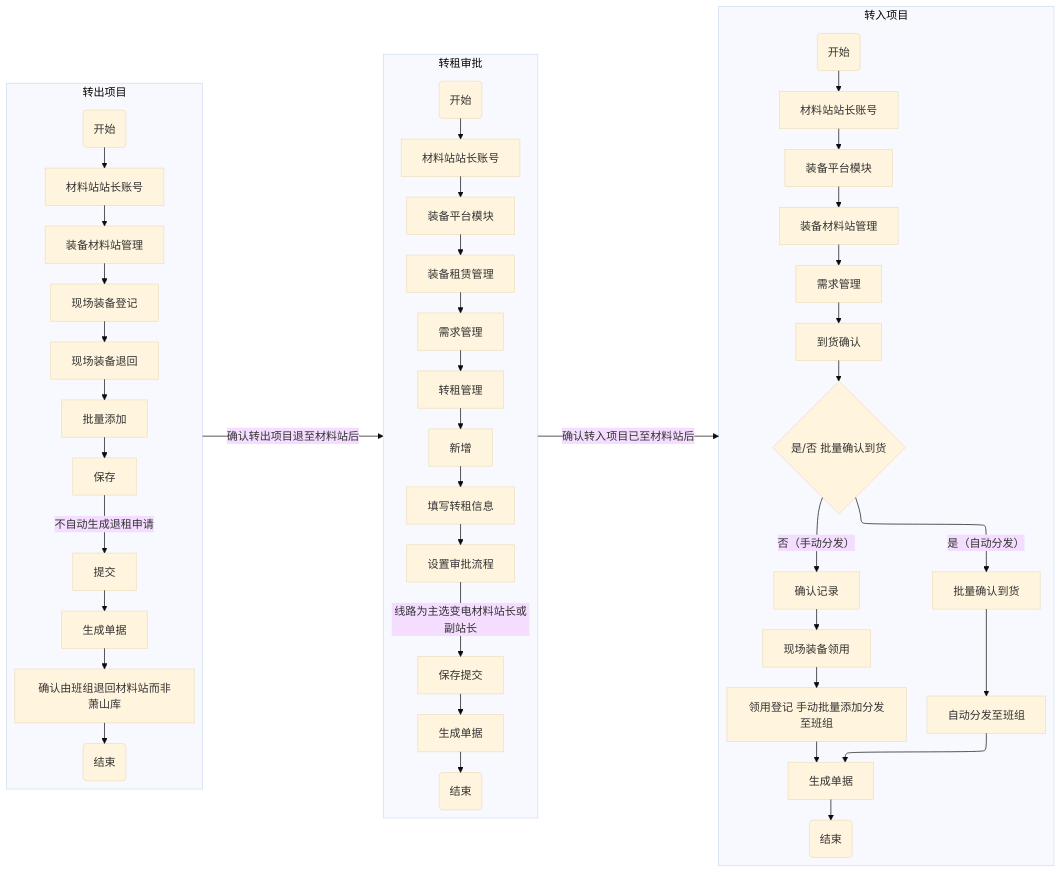
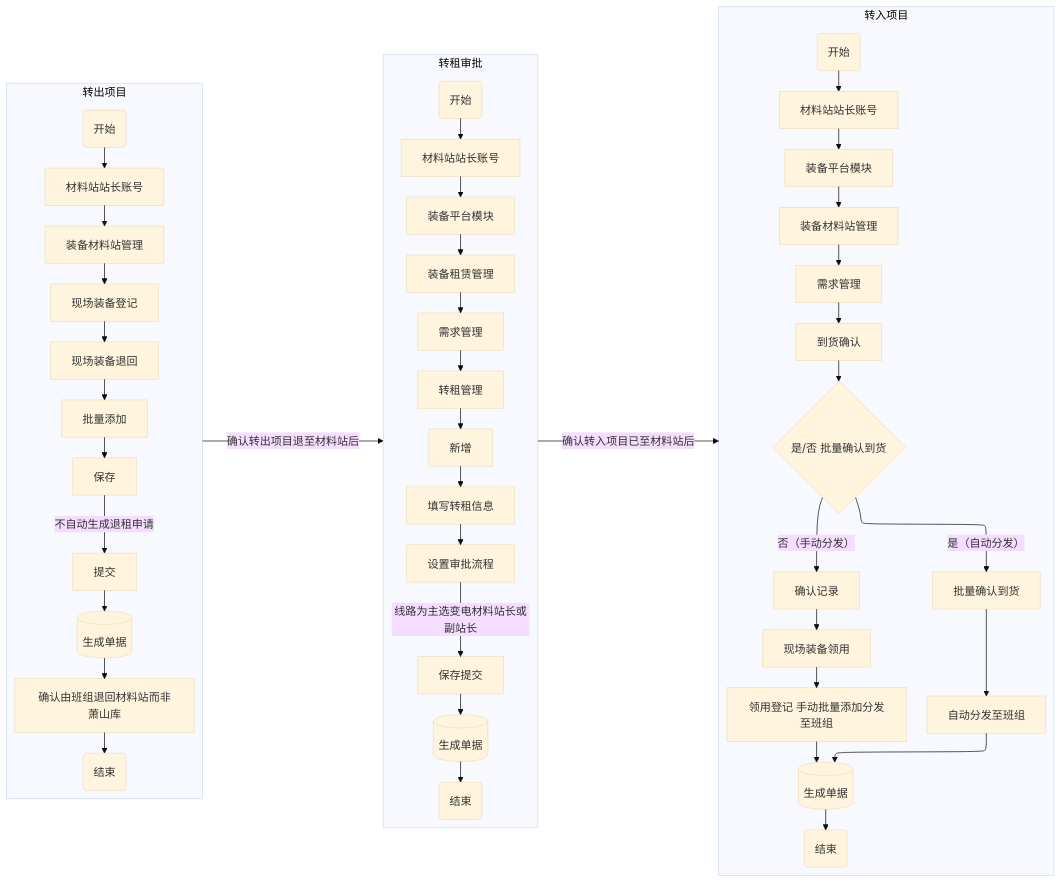
Before and after one commit to glaze-blue/zett-single-project: the sixth of 8 diagrams in asset/单项工程现场装备全流程管理流程图.md, drawn with Mermaid (base theme). The commit also changed other lines of this file, not shown here.

Commit message:
优化流程图图形

````diff
--- a/asset/单项工程现场装备全流程管理流程图.md
+++ b/asset/单项工程现场装备全流程管理流程图.md
@@ -152,51 +152,51 @@
 ```mermaid
 %%{init: {"flowchart": {"defaultRenderer": "elk"}}}%%
 flowchart LR
     subgraph Col1["转出项目"]
         direction TB
         01(开始)--> A1[材料站站长账号]
         A1 --> A2[装备材料站管理]
         A2 --> A3[现场装备登记]
         A3 --> A4[现场装备退回]
         A4 --> A5[批量添加]
         A5 --> A6[保存]
         A6 --> |不自动生成退租申请|A7[提交]
-        A7 --> A8[生成单据]
+        A7 --> A8[(生成单据)]
         A8 --> A9[确认由班组退回材料站而非萧山库]
         A9 --> A10(结束)
     end
 
     subgraph Col2["转租审批"]
         direction TB
             02(开始)--> A[材料站站长账号] 
             A --> B[装备平台模块]
             B --> C[装备租赁管理]
             C --> D[需求管理]
             D --> E[转租管理]
             E --> F[新增]
             F --> G[填写转租信息]
             G --> H[设置审批流程]
             H --> |线路为主选变电材料站长或副站长|I[保存提交]
-            I --> J[生成单据]
+            I --> J[(生成单据)]
             J --> K(结束)
     end
 
     subgraph Col3["转入项目"]
         direction TB
             03(开始)--> B1[材料站站长账号]
             B1 --> B2[装备平台模块]
             B2 --> B3[装备材料站管理]
             B3 --> B4[需求管理]
             B4 --> B5[到货确认]
             B5 --> B8{是/否 批量确认到货}
             B8 --> |是（自动分发）|B9[批量确认到货]
             B8 --> |否（手动分发）|B10[确认记录]
             B9 --> B11[自动分发至班组]
-            B11 --> B12[生成单据]
+            B11 --> B12[(生成单据)]
             B10 --> B13[现场装备领用]
             B13 --> B14[领用登记 手动批量添加分发至班组]
             B14 --> B12
             B12 --> B15(结束)
     end
     Col1 --> |确认转出项目退至材料站后|Col2 --> |确认转入项目已至材料站后|Col3
 ```
````
